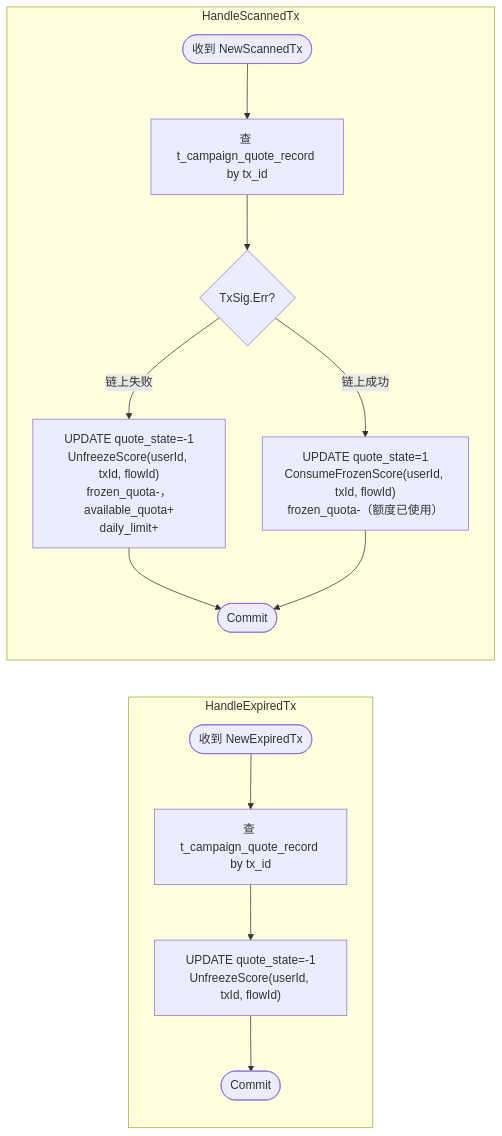
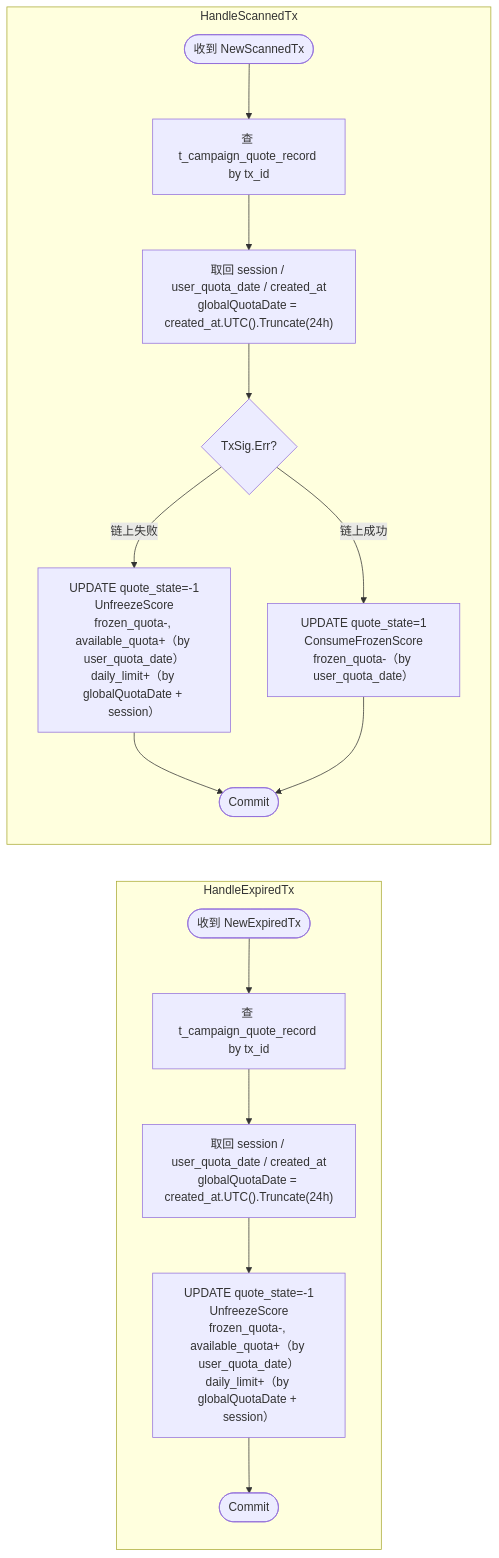
Before and after one commit to BillInUK/oshit-go: the seventh of 7 diagrams in docs/v1/reward_campaign.md, drawn with Mermaid. The commit also changed other lines of this file and 8 other files, not shown here.

````diff
--- a/docs/v1/reward_campaign.md
+++ b/docs/v1/reward_campaign.md
@@ -307,21 +377,23 @@
 ```mermaid
 flowchart TD
     subgraph S["HandleScannedTx"]
         direction TD
         A([收到 NewScannedTx]) --> B[查 t_campaign_quote_record by tx_id]
-        B --> C{TxSig.Err?}
-        C -- 链上失败 --> D["UPDATE quote_state=-1\nUnfreezeScore(userId, txId, flowId)\nfrozen_quota-，available_quota+\ndaily_limit+"]
-        C -- 链上成功 --> E["UPDATE quote_state=1\nConsumeFrozenScore(userId, txId, flowId)\nfrozen_quota-（额度已使用）"]
+        B --> B2["取回 session / user_quota_date / created_at\nglobalQuotaDate = created_at.UTC().Truncate(24h)"]
+        B2 --> C{TxSig.Err?}
+        C -- 链上失败 --> D["UPDATE quote_state=-1\nUnfreezeScore\nfrozen_quota-, available_quota+（by user_quota_date）\ndaily_limit+（by globalQuotaDate + session）"]
+        C -- 链上成功 --> E["UPDATE quote_state=1\nConsumeFrozenScore\nfrozen_quota-（by user_quota_date）"]
         D --> F([Commit])
         E --> F
     end
 
     subgraph E2["HandleExpiredTx"]
         direction TD
-        A2([收到 NewExpiredTx]) --> B2[查 t_campaign_quote_record by tx_id]
-        B2 --> C2["UPDATE quote_state=-1\nUnfreezeScore(userId, txId, flowId)"]
-        C2 --> D2([Commit])
+        A2([收到 NewExpiredTx]) --> B2_["查 t_campaign_quote_record by tx_id"]
+        B2_ --> C2["取回 session / user_quota_date / created_at\nglobalQuotaDate = created_at.UTC().Truncate(24h)"]
+        C2 --> D2["UPDATE quote_state=-1\nUnfreezeScore\nfrozen_quota-, available_quota+（by user_quota_date）\ndaily_limit+（by globalQuotaDate + session）"]
+        D2 --> E2_end([Commit])
     end
 
     S ~~~ E2
 ```
````
